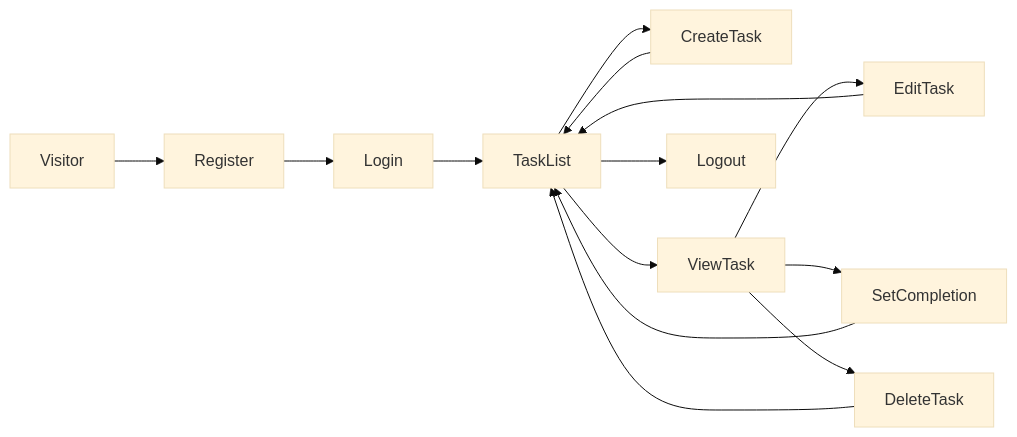
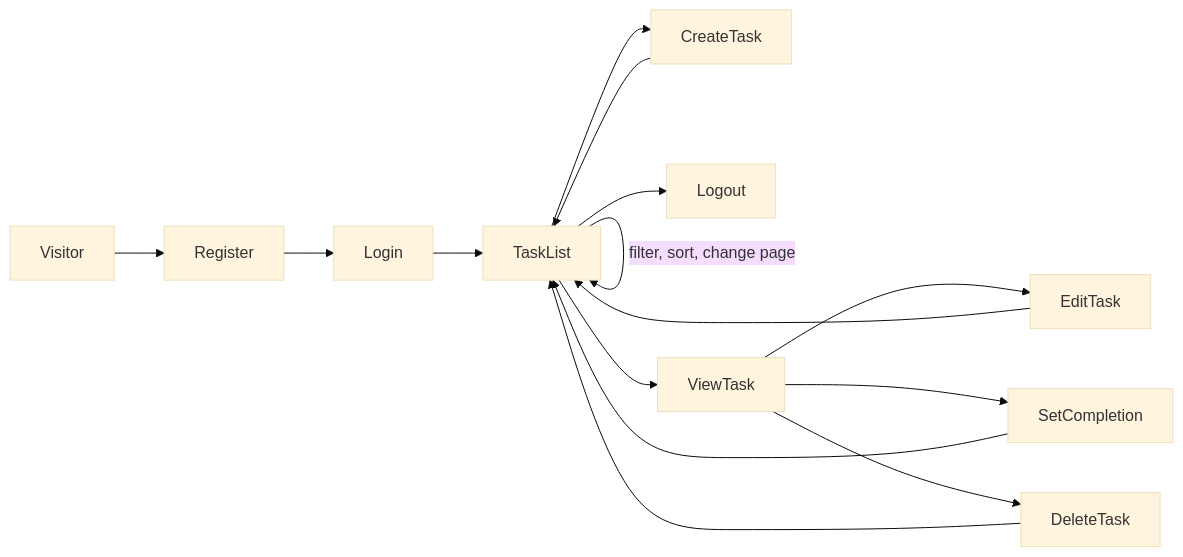
Before and after one commit to SajadSajadpour/foci-todo: the second of 2 diagrams in docs/architecture.md, drawn with Mermaid (base theme). The commit also changed other lines of this file and 5 other files, not shown here.

````diff
--- a/docs/architecture.md
+++ b/docs/architecture.md
@@ -44,9 +48,10 @@
 ```mermaid
 flowchart LR
     Visitor --> Register --> Login --> TaskList
+    TaskList -->|filter, sort, change page| TaskList
     TaskList --> CreateTask --> TaskList
     TaskList --> ViewTask --> EditTask --> TaskList
     ViewTask --> SetCompletion --> TaskList
     ViewTask --> DeleteTask --> TaskList
     TaskList --> Logout
 ```
````
